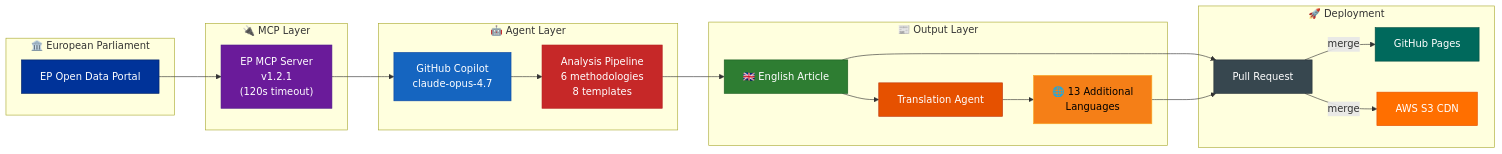
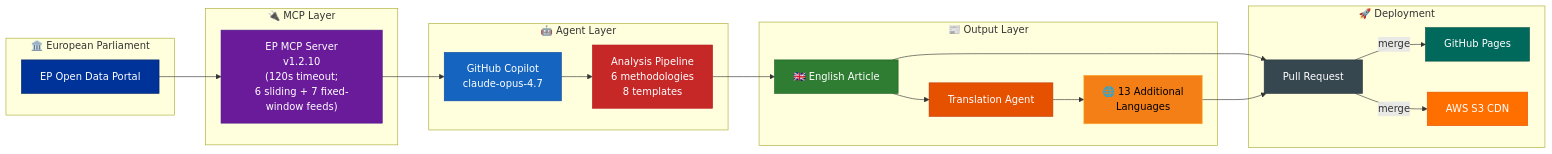
Diagram 22 of 22 in WORKFLOWS.md (Hack23/euparliamentmonitor), drawn with Mermaid before and after one commit. The commit also changed other lines of this file and 8 other files, not shown here.

First line of the commit message:
docs: refresh ARCHITECTURE/EOL/WORKFLOWS/DATA_MODEL + FLOWCHART/STATEDIAGRAM/MINDMAP/BCPPlan/FinancialSecurityPlan for v0.8.40

````diff
--- a/WORKFLOWS.md
+++ b/WORKFLOWS.md
@@ -1748,42 +1865,42 @@
 ```mermaid
 flowchart LR
     subgraph "🏛️ European Parliament"
         EP["EP Open Data Portal"]
     end
 
     subgraph "🔌 MCP Layer"
-        MCP["EP MCP Server<br/>v1.2.1<br/>(120s timeout)"]
+        MCP["EP MCP Server<br/>v1.2.10<br/>(120s timeout;<br/>6 sliding + 7 fixed-window feeds)"]
     end
 
     subgraph "🤖 Agent Layer"
         Agent["GitHub Copilot<br/>claude-opus-4.7"]
         Analyze["Analysis Pipeline<br/>6 methodologies<br/>8 templates"]
     end
 
     subgraph "📰 Output Layer"
         EN["🇬🇧 English Article"]
         Translate["Translation Agent"]
         Multi["🌐 13 Additional<br/>Languages"]
     end
 
     subgraph "🚀 Deployment"
         PR["Pull Request"]
         Pages["GitHub Pages"]
         S3["AWS S3 CDN"]
     end
 
     EP --> MCP --> Agent --> Analyze --> EN --> PR
     EN --> Translate --> Multi --> PR
     PR --> |"merge"| Pages & S3
 
     style EP fill:#003399,stroke:#002266,color:#FFFFFF
     style MCP fill:#6A1B9A,stroke:#4A148C,color:#FFFFFF
     style Agent fill:#1565C0,stroke:#0D47A1,color:#FFFFFF
     style Analyze fill:#C62828,stroke:#B71C1C,color:#FFFFFF
     style EN fill:#2E7D32,stroke:#1B5E20,color:#FFFFFF
     style Translate fill:#E65100,stroke:#BF360C,color:#FFFFFF
     style Multi fill:#F57F17,stroke:#F9A825,color:#000000
     style PR fill:#37474F,stroke:#263238,color:#FFFFFF
     style Pages fill:#00695C,stroke:#004D40,color:#FFFFFF
     style S3 fill:#FF6F00,stroke:#E65100,color:#FFFFFF
 ```
````
